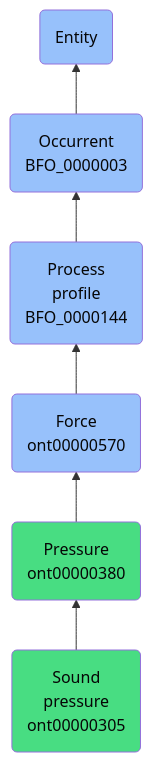
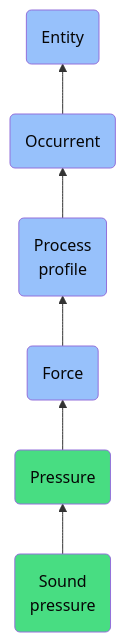
Before and after one commit to jupyter-naas/abi: the diagram in docs/ontology/reference/model/Entity/Occurrent/Process profile/Force/Pressure/Sound pressure/Sound pressure.md, drawn with Mermaid. The commit also changed other lines of this file and 1430 other files, not shown here.

````diff
--- a/docs/ontology/reference/model/Entity/Occurrent/Process profile/Force/Pressure/Sound pressure/Sound pressure.md
+++ b/docs/ontology/reference/model/Entity/Occurrent/Process profile/Force/Pressure/Sound pressure/Sound pressure.md
@@ -24,13 +24,13 @@
 ```mermaid
 graph BT
-    ont00000305(Sound<br>pressure<br>ont00000305):::ABI-->ont00000380
-    ont00000380(Pressure<br>ont00000380):::ABI-->ont00000570
-    ont00000570(Force<br>ont00000570):::BFO-->BFO_0000144
-    BFO_0000144(Process<br>profile<br>BFO_0000144):::BFO-->BFO_0000003
-    BFO_0000003(Occurrent<br>BFO_0000003):::BFO-->BFO_0000001
+    ont00000305(Sound<br>pressure):::ABI-->ont00000380
+    ont00000380(Pressure):::ABI-->ont00000570
+    ont00000570(Force):::BFO-->BFO_0000144
+    BFO_0000144(Process<br>profile):::BFO-->BFO_0000003
+    BFO_0000003(Occurrent):::BFO-->BFO_0000001
     BFO_0000001(Entity):::BFO
     
     classDef BFO fill:#97c1fb,color:#060606
     classDef CCO fill:#e4c51e,color:#060606
     classDef ABI fill:#48DD82,color:#060606
 ```
````
